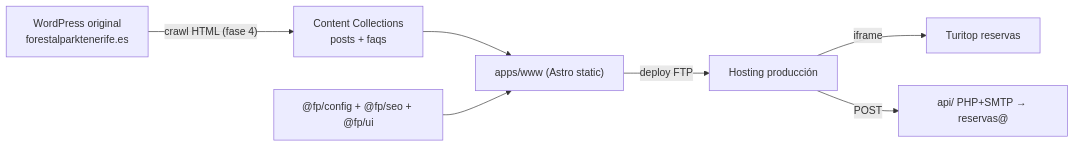
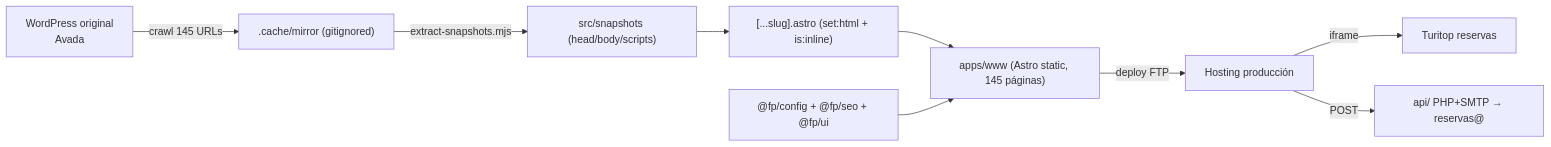
One commit to yapcibello/forestalpark-web changed the diagram in proyecto/arquitectura.md. Above: the diagram before and after it, drawn with Mermaid. The commit also changed other lines of this file and 679 other files, not shown here.

First line of the commit message:
feat: migración fiel de las 145 páginas WP→Astro (snapshot + assets + Turitop/PDFs)

````diff
--- a/proyecto/arquitectura.md
+++ b/proyecto/arquitectura.md
@@ -7,9 +7,11 @@
 ```mermaid
 graph LR
-    WP[WordPress original<br/>forestalparktenerife.es] -- "crawl HTML (fase 4)" --> CC[Content Collections<br/>posts + faqs]
-    CC --> WWW["apps/www (Astro static)"]
+    WP[WordPress original<br/>Avada] -- "crawl 145 URLs" --> MIRROR[".cache/mirror (gitignored)"]
+    MIRROR -- "extract-snapshots.mjs" --> SNAP["src/snapshots (head/body/scripts)"]
+    SNAP --> CATCH["[...slug].astro (set:html + is:inline)"]
+    CATCH --> WWW["apps/www (Astro static, 145 páginas)"]
     PKG["@fp/config + @fp/seo + @fp/ui"] --> WWW
     WWW -- "deploy FTP" --> HOST[Hosting producción]
     HOST -- iframe --> TURITOP[Turitop reservas]
     HOST -- POST --> PHP[api/ PHP+SMTP → reservas@]
 ```
````
